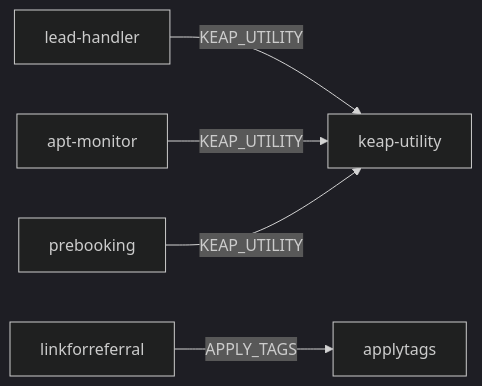
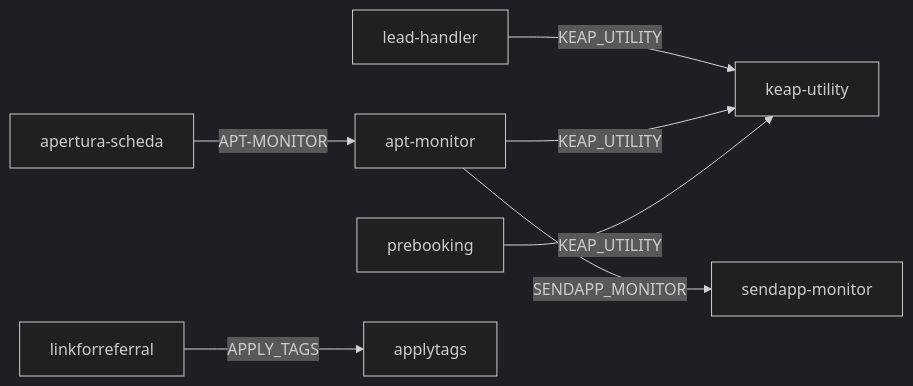
Before and after one commit to givibeautysrls-tech/DocumentazionePrebooking: the diagram in docs/cloudflare/bindings-storage-env.md, drawn with Mermaid (dark theme). The commit also changed other lines of this file, not shown here.

Commit message:
docs: aggiunge binding SENDAPP_MONITOR e APT-MONITOR, regola architetturale service binding

````diff
--- a/docs/cloudflare/bindings-storage-env.md
+++ b/docs/cloudflare/bindings-storage-env.md
@@ -21,7 +29,9 @@
 ```mermaid
 graph LR
     LH["lead-handler"] -->|KEAP_UTILITY| KU["keap-utility"]
     AM["apt-monitor"] -->|KEAP_UTILITY| KU
     PB["prebooking"] -->|KEAP_UTILITY| KU
     LR["linkforreferral"] -->|APPLY_TAGS| AT["applytags"]
+    AM -->|SENDAPP_MONITOR| SM["sendapp-monitor"]
+    AS["apertura-scheda"] -->|APT-MONITOR| AM
 ```
````
